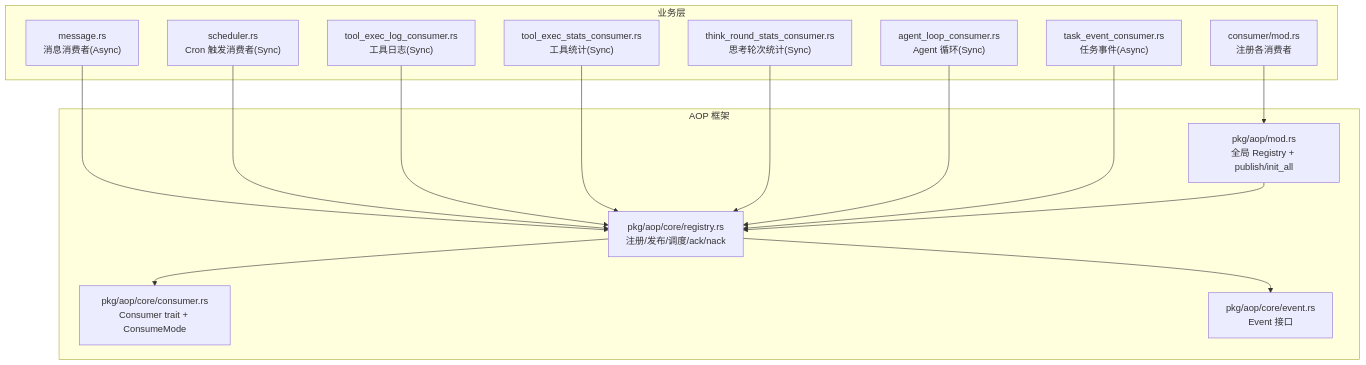
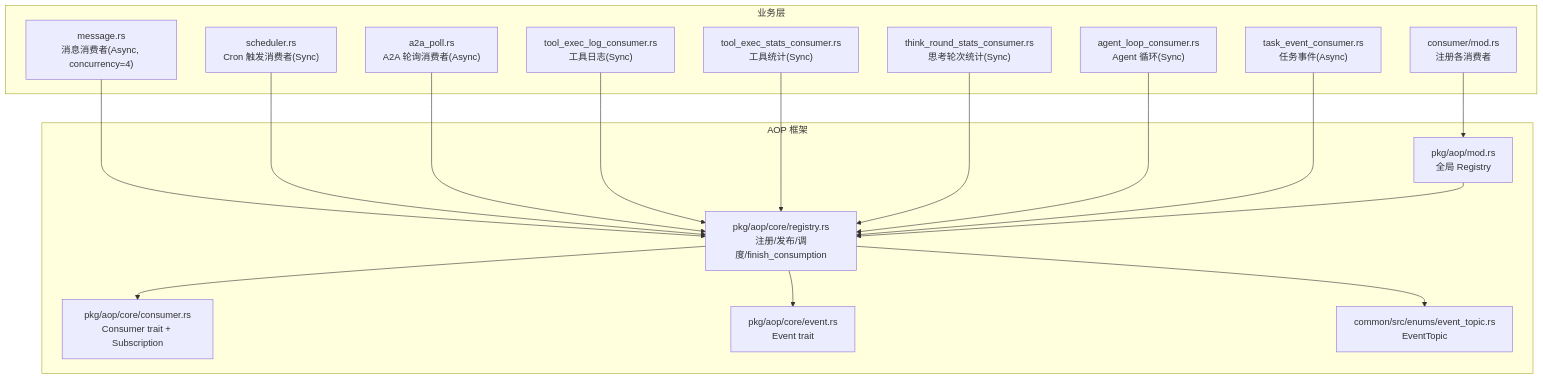
Before and after one commit to runningcoders/ai_orz: the first of 3 diagrams in docs/wiki/zh/content/基础设施/AOP 事件系统/事件消费者/事件消费者.md, drawn with Mermaid. The commit also changed other lines of this file and 37 other files, not shown here.

````diff
--- a/docs/wiki/zh/content/基础设施/AOP 事件系统/事件消费者/事件消费者.md
+++ b/docs/wiki/zh/content/基础设施/AOP 事件系统/事件消费者/事件消费者.md
@@ -47,30 +50,34 @@
 ```mermaid
 graph TB
 subgraph "业务层"
 C_MOD["consumer/mod.rs<br/>注册各消费者"]
-MSG["message.rs<br/>消息消费者(Async)"]
+MSG["message.rs<br/>消息消费者(Async, concurrency=4)"]
 SCH["scheduler.rs<br/>Cron 触发消费者(Sync)"]
+A2A["a2a_poll.rs<br/>A2A 轮询消费者(Async)"]
 TEL["tool_exec_log_consumer.rs<br/>工具日志(Sync)"]
 TES["tool_exec_stats_consumer.rs<br/>工具统计(Sync)"]
 TRS["think_round_stats_consumer.rs<br/>思考轮次统计(Sync)"]
 ALC["agent_loop_consumer.rs<br/>Agent 循环(Sync)"]
 TEC["task_event_consumer.rs<br/>任务事件(Async)"]
 end
 subgraph "AOP 框架"
-AOP_MOD["pkg/aop/mod.rs<br/>全局 Registry + publish/init_all"]
-REG["pkg/aop/core/registry.rs<br/>注册/发布/调度/ack/nack"]
-CONSUMER_IF["pkg/aop/core/consumer.rs<br/>Consumer trait + ConsumeMode"]
-EVENT_IF["pkg/aop/core/event.rs<br/>Event 接口"]
+AOP_MOD["pkg/aop/mod.rs<br/>全局 Registry"]
+REG["pkg/aop/core/registry.rs<br/>注册/发布/调度/finish_consumption"]
+CONSUMER_IF["pkg/aop/core/consumer.rs<br/>Consumer trait + Subscription"]
+EVENT_IF["pkg/aop/core/event.rs<br/>Event trait"]
+TOPIC["common/src/enums/event_topic.rs<br/>EventTopic"]
 end
 C_MOD --> AOP_MOD
 MSG --> REG
 SCH --> REG
+A2A --> REG
 TEL --> REG
 TES --> REG
 TRS --> REG
 ALC --> REG
 TEC --> REG
 AOP_MOD --> REG
 REG --> CONSUMER_IF
 REG --> EVENT_IF
+REG --> TOPIC
 ```
````
